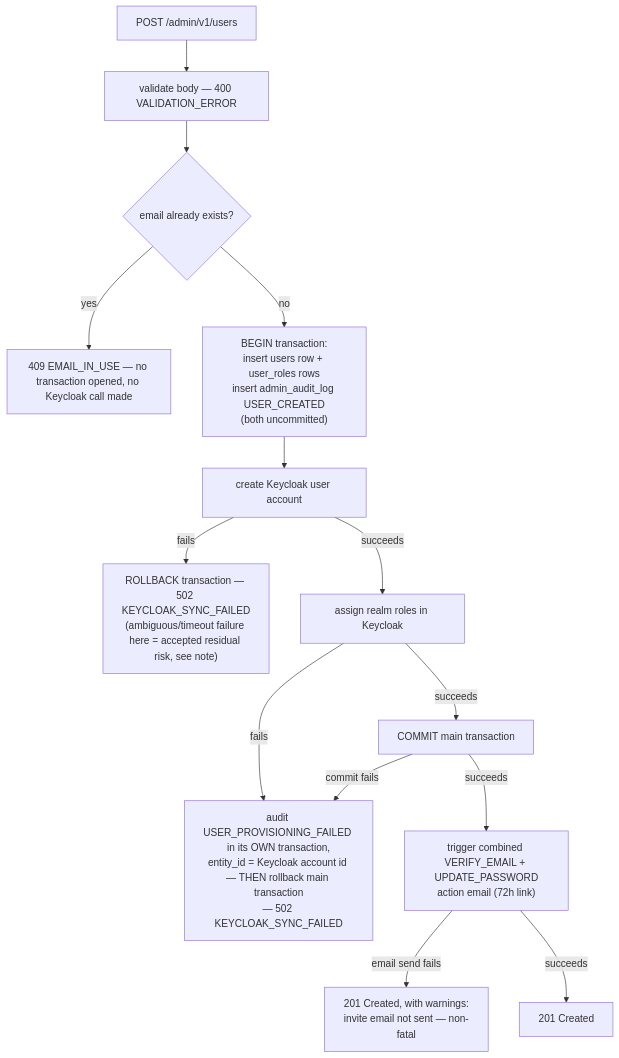
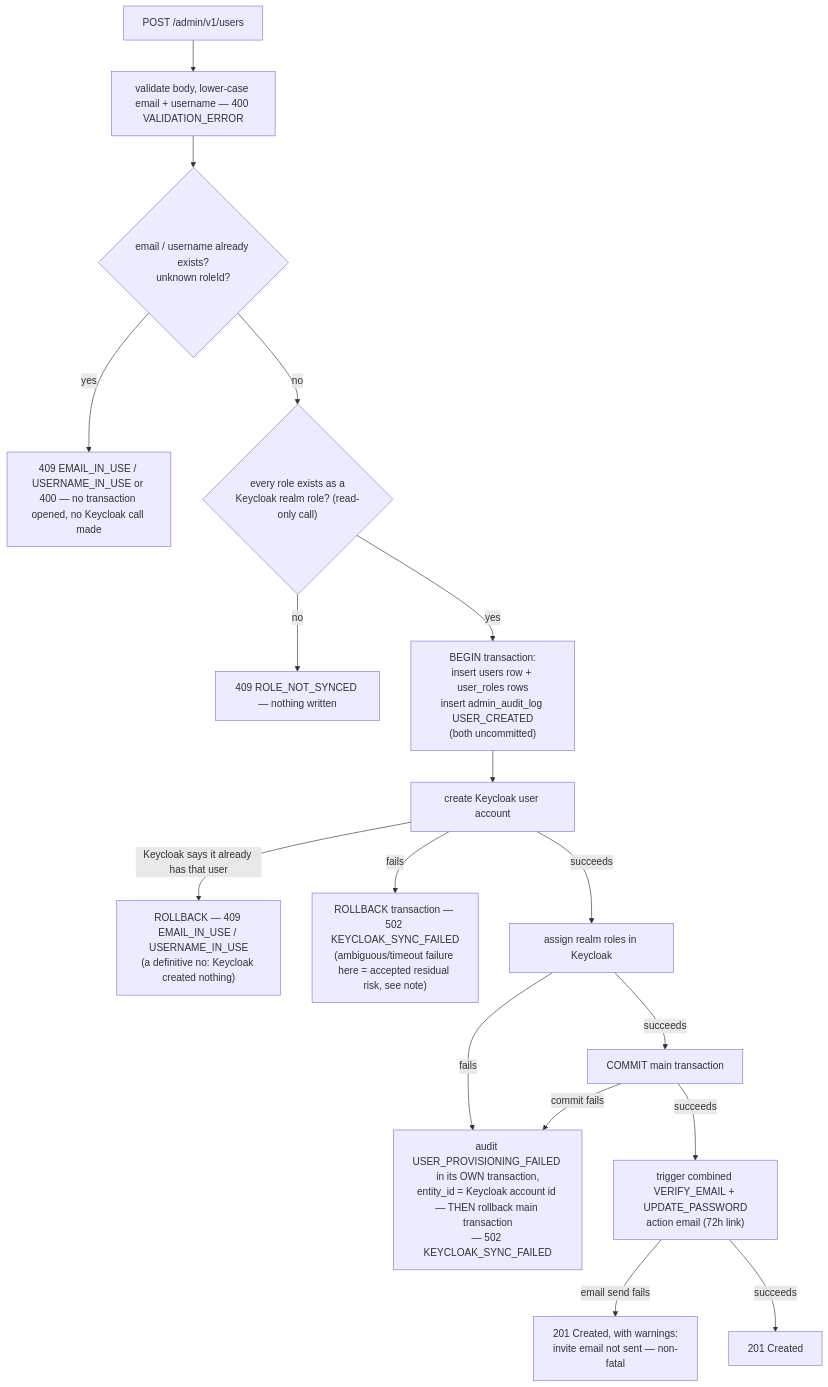
The first of 5 diagrams in docs/flow-diagrams.md (rahularakeri1/cce-admin-service), drawn with Mermaid before and after one commit. The commit also changed 24 other files, not shown here.

````diff
--- a/docs/flow-diagrams.md
+++ b/docs/flow-diagrams.md
@@ -23,16 +23,19 @@
 ```mermaid
 flowchart TD
-    A["POST /admin/v1/users"] --> B["validate body — 400 VALIDATION_ERROR"]
-    B --> C{"email already exists?"}
-    C -->|yes| D["409 EMAIL_IN_USE — no transaction opened, no Keycloak call made"]
-    C -->|no| E["BEGIN transaction:<br/>insert users row + user_roles rows<br/>insert admin_audit_log USER_CREATED<br/>(both uncommitted)"]
+    A["POST /admin/v1/users"] --> B["validate body, lower-case email + username — 400 VALIDATION_ERROR"]
+    B --> C{"email / username already exists?<br/>unknown roleId?"}
+    C -->|yes| D["409 EMAIL_IN_USE / USERNAME_IN_USE or 400 — no transaction opened, no Keycloak call made"]
+    C -->|no| C2{"every role exists as a<br/>Keycloak realm role? (read-only call)"}
+    C2 -->|no| C3["409 ROLE_NOT_SYNCED — nothing written"]
+    C2 -->|yes| E["BEGIN transaction:<br/>insert users row + user_roles rows<br/>insert admin_audit_log USER_CREATED<br/>(both uncommitted)"]
     E --> F["create Keycloak user account"]
+    F -->|Keycloak says it already has that user| G0["ROLLBACK — 409 EMAIL_IN_USE / USERNAME_IN_USE<br/>(a definitive no: Keycloak created nothing)"]
     F -->|fails| G["ROLLBACK transaction — 502 KEYCLOAK_SYNC_FAILED<br/>(ambiguous/timeout failure here = accepted residual risk, see note)"]
     F -->|succeeds| H["assign realm roles in Keycloak"]
     H -->|fails| I["audit USER_PROVISIONING_FAILED in its OWN transaction,<br/>entity_id = Keycloak account id — THEN rollback main transaction<br/>— 502 KEYCLOAK_SYNC_FAILED"]
     H -->|succeeds| J["COMMIT main transaction"]
     J -->|commit fails| I
     J -->|succeeds| K["trigger combined VERIFY_EMAIL + UPDATE_PASSWORD<br/>action email (72h link)"]
     K -->|email send fails| L["201 Created, with warnings:<br/>invite email not sent — non-fatal"]
     K -->|succeeds| M["201 Created"]
 ```
````
